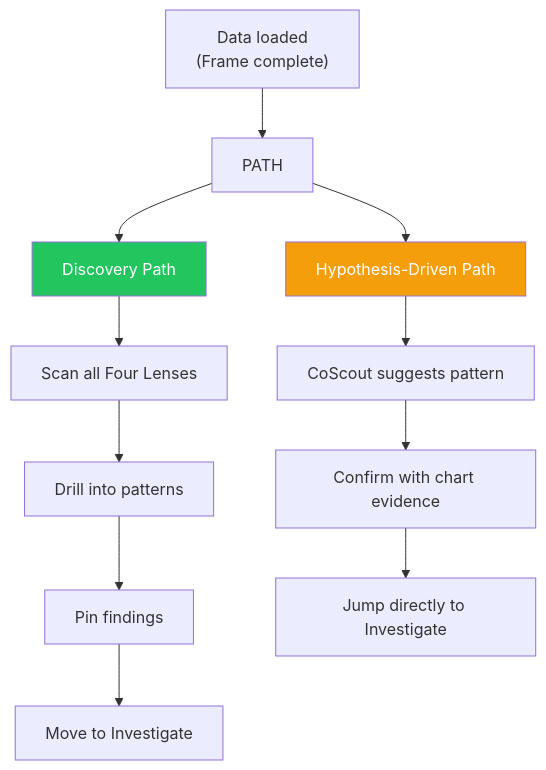
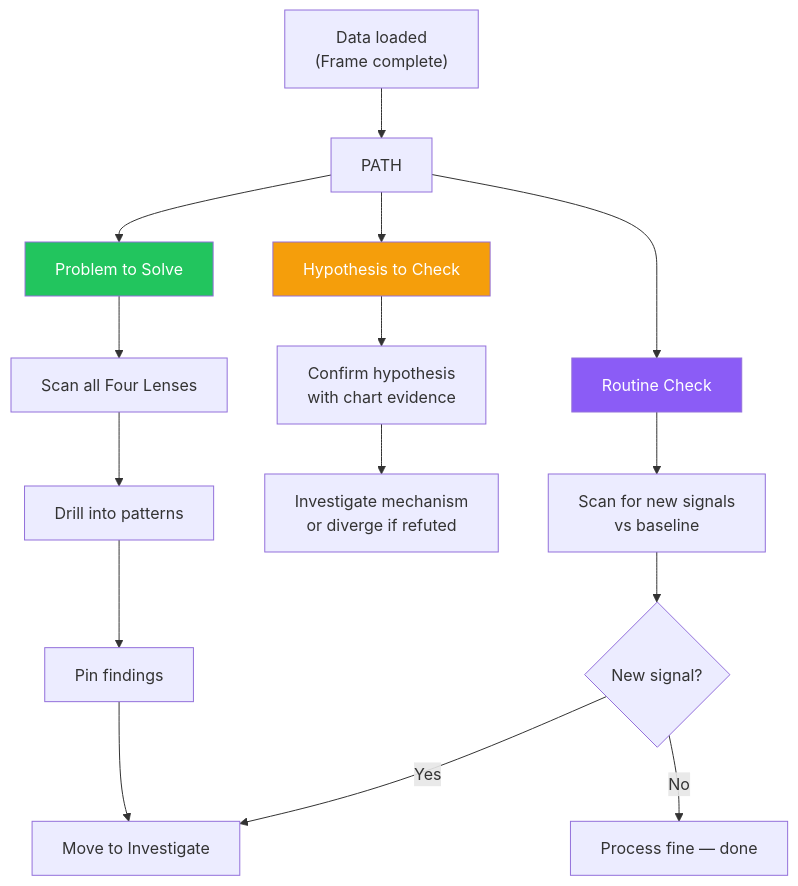
The sixth of 8 diagrams in docs/03-features/workflows/analysis-journey-map.md (jukka-matti/variscout), drawn with Mermaid before and after one commit. The commit also changed other lines of this file and 29 other files, not shown here.

````diff
--- a/docs/03-features/workflows/analysis-journey-map.md
+++ b/docs/03-features/workflows/analysis-journey-map.md
@@ -319,19 +319,25 @@
 ```mermaid
 flowchart TD
     START["Data loaded\n(Frame complete)"] --> PATH
 
-    PATH --> DISC["Discovery Path"]
-    PATH --> HYPO["Hypothesis-Driven Path"]
+    PATH --> PROB["Problem to Solve"]
+    PATH --> HYPO["Hypothesis to Check"]
+    PATH --> ROUT["Routine Check"]
 
-    DISC --> SCAN["Scan all Four Lenses"]
+    PROB --> SCAN["Scan all Four Lenses"]
     SCAN --> DRILL["Drill into patterns"]
     DRILL --> FIND["Pin findings"]
     FIND --> INV["Move to Investigate"]
 
-    HYPO --> SUGGEST["CoScout suggests pattern"]
-    SUGGEST --> CONFIRM["Confirm with chart evidence"]
-    CONFIRM --> JUMP["Jump directly to Investigate"]
+    HYPO --> CONFIRM["Confirm hypothesis\nwith chart evidence"]
+    CONFIRM --> JUMP["Investigate mechanism\nor diverge if refuted"]
 
-    style DISC fill:#22c55e,color:#fff
+    ROUT --> BASELINE["Scan for new signals\nvs baseline"]
+    BASELINE --> OK{"New signal?"}
+    OK -- "No" --> DONE["Process fine — done"]
+    OK -- "Yes" --> INV
+
+    style PROB fill:#22c55e,color:#fff
     style HYPO fill:#f59e0b,color:#fff
+    style ROUT fill:#8b5cf6,color:#fff
 ```
````
